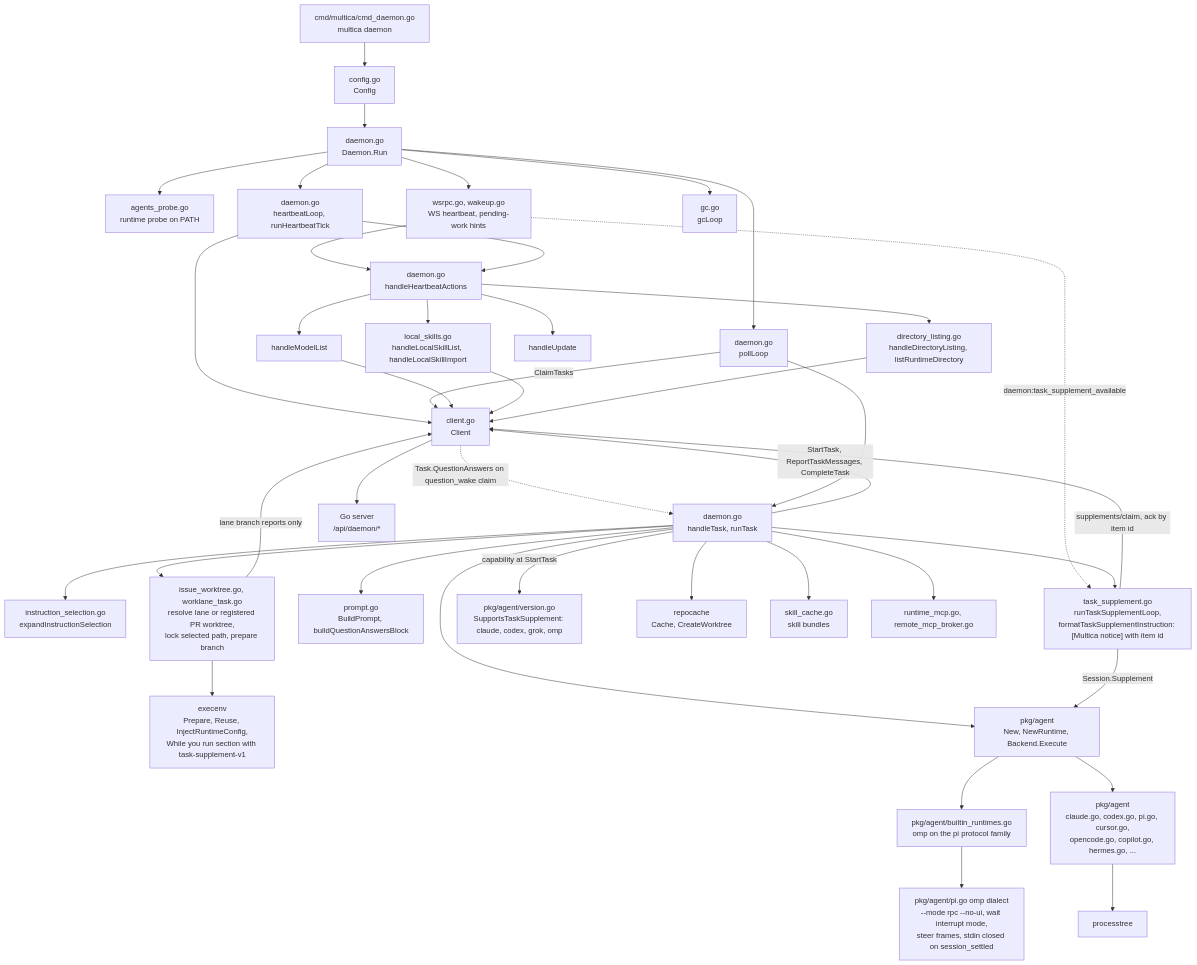
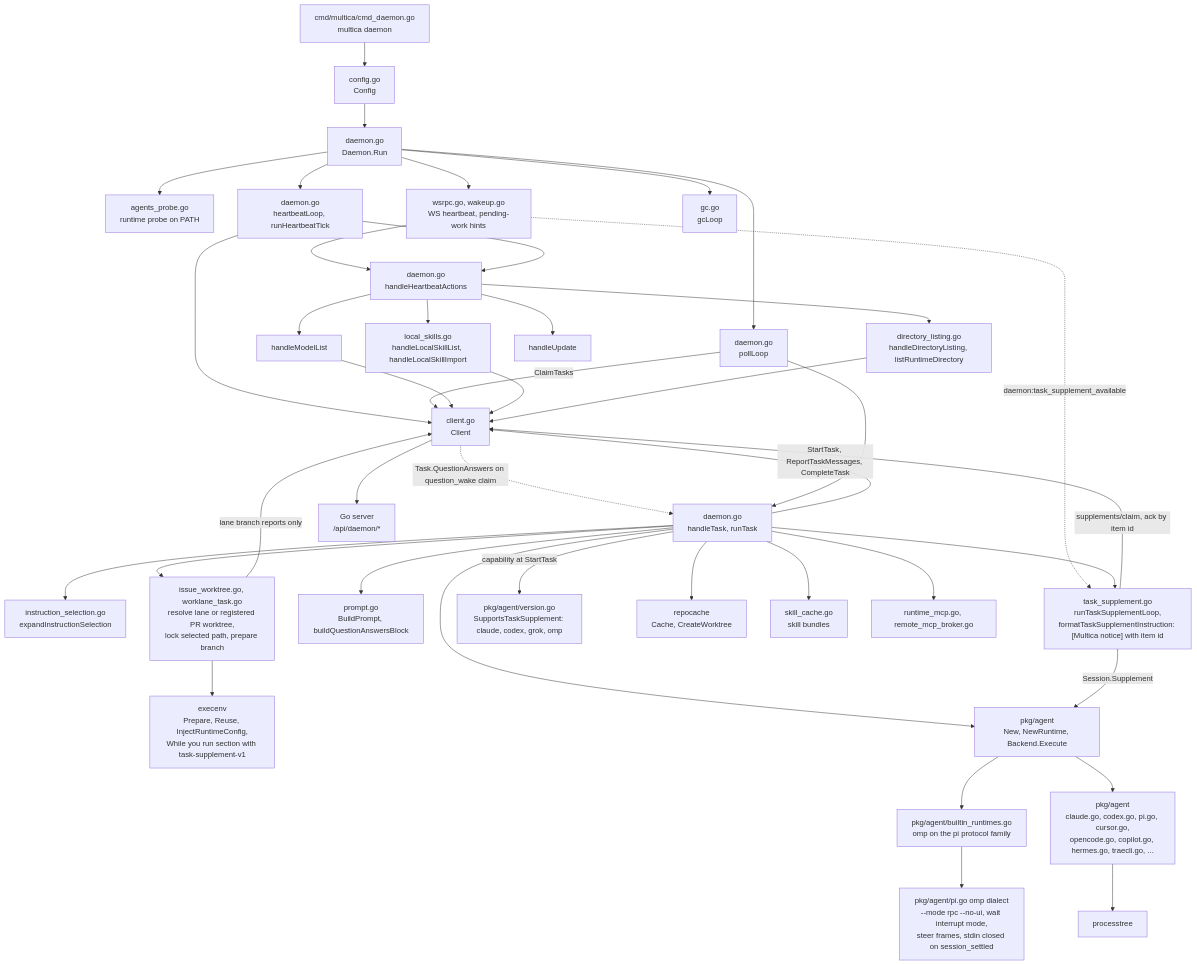
Before and after one commit to appboypov/multica: the third of 8 diagrams in specs/docs/system-design.md, drawn with Mermaid. The commit also changed other lines of this file and 8 other files, not shown here.

````diff
--- a/specs/docs/system-design.md
+++ b/specs/docs/system-design.md
@@ -192,72 +192,72 @@
 ```mermaid
 flowchart TB
   cmd["cmd/multica/cmd_daemon.go<br/>multica daemon"]
   config["config.go<br/>Config"]
   run["daemon.go<br/>Daemon.Run"]
   probe["agents_probe.go<br/>runtime probe on PATH"]
   client["client.go<br/>Client"]
   hb["daemon.go<br/>heartbeatLoop, runHeartbeatTick"]
   ws["wsrpc.go, wakeup.go<br/>WS heartbeat, pending-work hints"]
   actions["daemon.go<br/>handleHeartbeatActions"]
   models["handleModelList"]
   localskills["local_skills.go<br/>handleLocalSkillList, handleLocalSkillImport"]
   dirlist["directory_listing.go<br/>handleDirectoryListing, listRuntimeDirectory"]
   selection["instruction_selection.go<br/>expandInstructionSelection"]
   update["handleUpdate"]
   poll["daemon.go<br/>pollLoop"]
   task["daemon.go<br/>handleTask, runTask"]
   worktrees["issue_worktree.go, worklane_task.go<br/>resolve lane or registered PR worktree,<br/>lock selected path, prepare branch"]
   execenv["execenv<br/>Prepare, Reuse, InjectRuntimeConfig,<br/>While you run section with task-supplement-v1"]
   prompt["prompt.go<br/>BuildPrompt, buildQuestionAnswersBlock"]
   supp["task_supplement.go<br/>runTaskSupplementLoop,<br/>formatTaskSupplementInstruction: [Multica notice] with item id"]
   version["pkg/agent/version.go<br/>SupportsTaskSupplement: claude, codex, grok, omp"]
   repocache["repocache<br/>Cache, CreateWorktree"]
   skillcache["skill_cache.go<br/>skill bundles"]
   mcp["runtime_mcp.go, remote_mcp_broker.go"]
   agentpkg["pkg/agent<br/>New, NewRuntime, Backend.Execute"]
   builtin["pkg/agent/builtin_runtimes.go<br/>omp on the pi protocol family"]
   omprpc["pkg/agent/pi.go omp dialect<br/>--mode rpc --no-ui, wait interrupt mode,<br/>steer frames, stdin closed on session_settled"]
-  backends["pkg/agent<br/>claude.go, codex.go, pi.go, cursor.go,<br/>opencode.go, copilot.go, hermes.go, ..."]
+  backends["pkg/agent<br/>claude.go, codex.go, pi.go, cursor.go,<br/>opencode.go, copilot.go, hermes.go, traecli.go, ..."]
   procs["processtree"]
   gc["gc.go<br/>gcLoop"]
   server["Go server<br/>/api/daemon/*"]
 
   cmd --> config --> run
   run --> probe
   run --> hb
   run --> ws
   run --> poll
   run --> gc
   hb --> client
   ws --> actions
   hb --> actions
   actions --> models
   actions --> localskills
   actions --> dirlist
   actions --> update
   poll -->|"ClaimTasks"| client
   client -.->|"Task.QuestionAnswers on question_wake claim"| task
   poll --> task
   task --> selection
   task --> worktrees --> execenv
   worktrees -->|"lane branch reports only"| client
   task --> prompt
   task --> repocache
   task --> skillcache
   task --> mcp
   task --> agentpkg
   agentpkg --> builtin
   agentpkg --> backends
   builtin --> omprpc
   task -->|"capability at StartTask"| version
   ws -.->|"daemon:task_supplement_available"| supp
   task --> supp
   supp -->|"supplements/claim, ack by item id"| client
   supp -->|"Session.Supplement"| agentpkg
   backends --> procs
   task -->|"StartTask, ReportTaskMessages, CompleteTask"| client
   models --> client
   localskills --> client
   dirlist --> client
   client --> server
 ```
````
